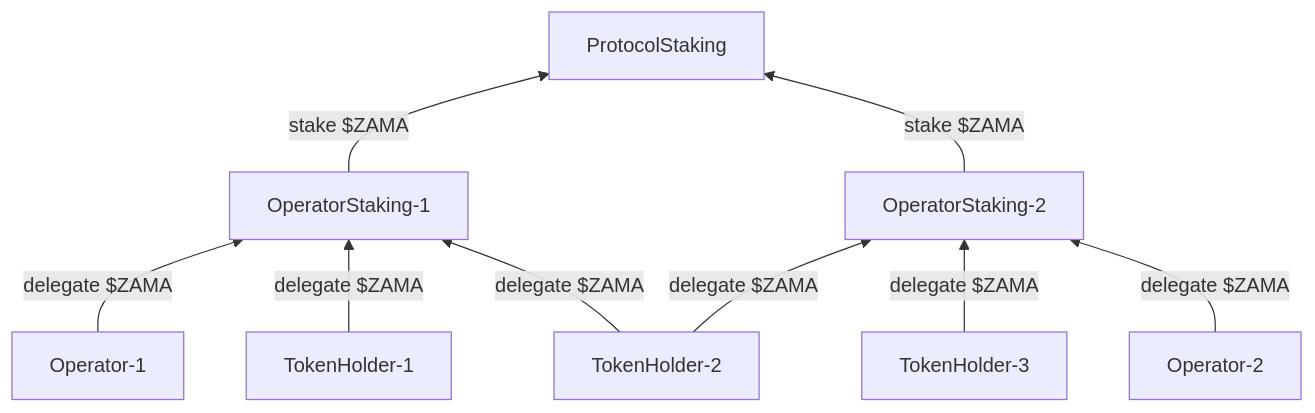
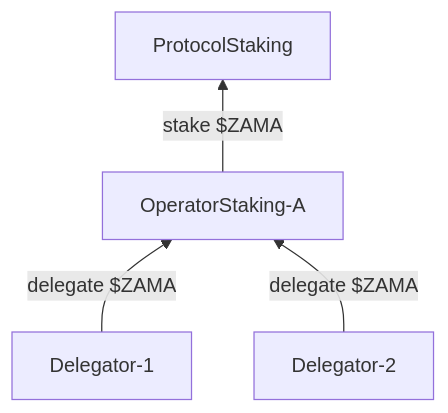
The second of 5 diagrams in staking.md (zama-ai/protocol-apps), drawn with Mermaid before and after one commit. The commit also changed other lines of this file and 3 other files, not shown here.

````diff
--- a/staking.md
+++ b/staking.md
@@ -45,14 +36,6 @@
 ```mermaid
 flowchart BT
-
-    Operator-1 -- delegate $ZAMA --> OperatorStaking-1
-    TokenHolder-1 -- delegate $ZAMA --> OperatorStaking-1
-    TokenHolder-2 -- delegate $ZAMA --> OperatorStaking-1
-
-    TokenHolder-2 -- delegate $ZAMA --> OperatorStaking-2
-    TokenHolder-3 -- delegate $ZAMA --> OperatorStaking-2
-    Operator-2 -- delegate $ZAMA --> OperatorStaking-2
-
-    OperatorStaking-1 -- stake $ZAMA --> ProtocolStaking
-    OperatorStaking-2 -- stake $ZAMA --> ProtocolStaking
+    OperatorStaking-A -- stake $ZAMA --> ProtocolStaking
+    Delegator-1 -- delegate $ZAMA --> OperatorStaking-A
+    Delegator-2 -- delegate $ZAMA --> OperatorStaking-A
 ```
````
